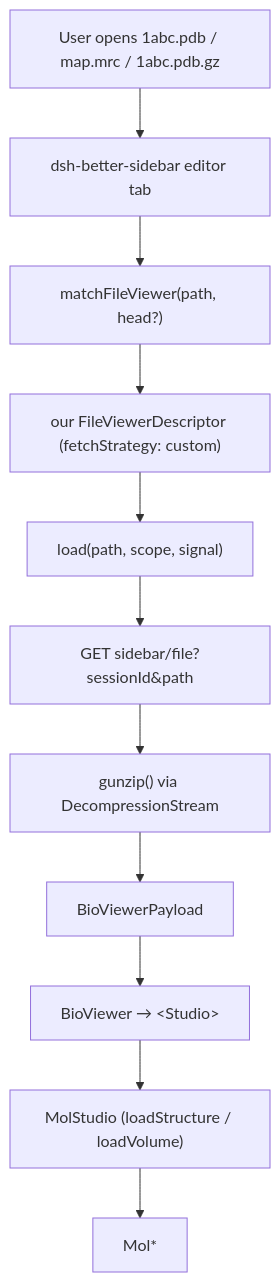
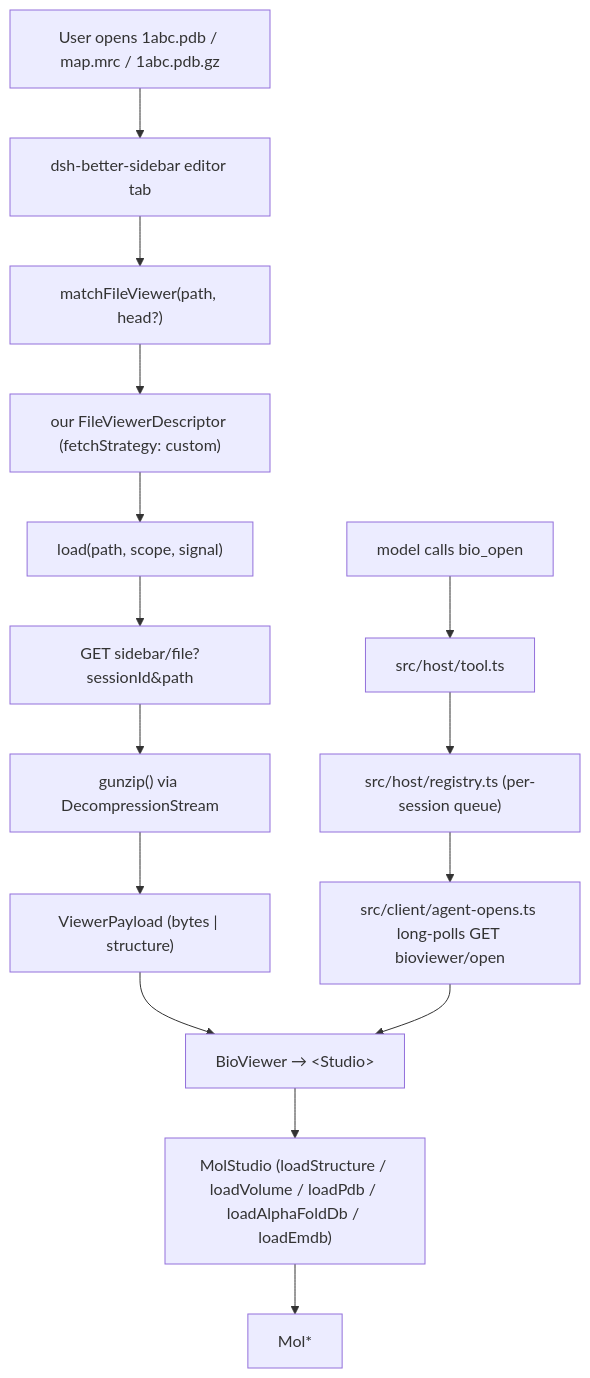
Before and after one commit to shuuul/dsh-bioviewer: the diagram in AGENTS.md, drawn with Mermaid. The commit also changed other lines of this file and 27 other files, not shown here.

First line of the commit message:
feat: let the agent open biomolecular files and structures

````diff
--- a/AGENTS.md
+++ b/AGENTS.md
@@ -38,16 +38,22 @@
 ```mermaid
 flowchart TD
   user["User opens 1abc.pdb / map.mrc / 1abc.pdb.gz"]
   sidebar["dsh-better-sidebar editor tab"]
   matcher["matchFileViewer(path, head?)"]
   descriptor["our FileViewerDescriptor (fetchStrategy: custom)"]
   load["load(path, scope, signal)"]
   route["GET sidebar/file?sessionId&path"]
   gunzip["gunzip() via DecompressionStream"]
-  payload["BioViewerPayload"]
+  payload["ViewerPayload (bytes | structure)"]
   viewer["BioViewer → &lt;Studio&gt;"]
-  molstudio["MolStudio (loadStructure / loadVolume)"]
+  molstudio["MolStudio (loadStructure / loadVolume / loadPdb / loadAlphaFoldDb / loadEmdb)"]
   molstar["Mol*"]
 
+  model["model calls bio_open"]
+  tool["src/host/tool.ts"]
+  registry["src/host/registry.ts (per-session queue)"]
+  poll["src/client/agent-opens.ts long-polls GET bioviewer/open"]
+
   user --> sidebar --> matcher --> descriptor --> load --> route --> gunzip --> payload --> viewer --> molstudio --> molstar
+  model --> tool --> registry --> poll --> viewer
 ```
````
